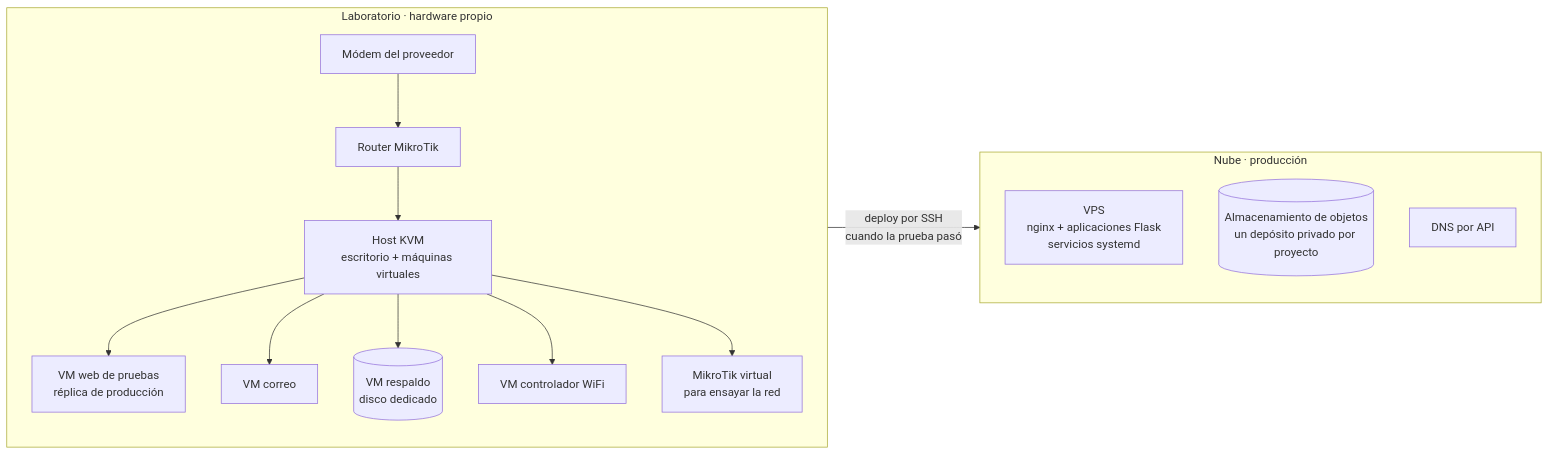
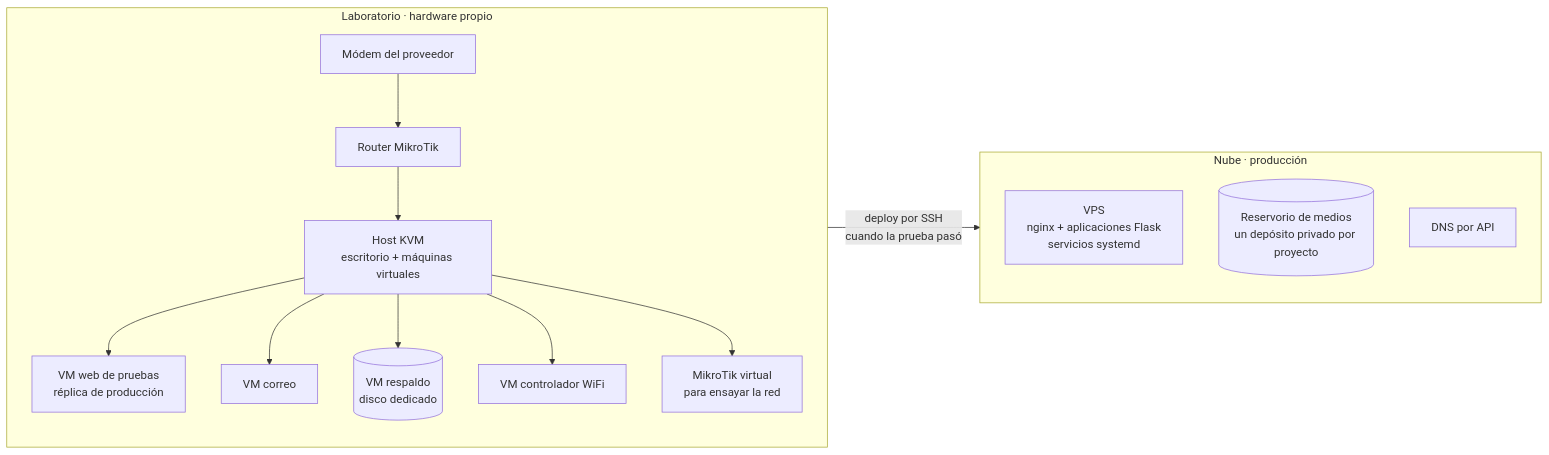
The first of 3 diagrams in README.md (druidatech-net/infraestructura-druidatech), drawn with Mermaid before and after one commit. The commit also changed other lines of this file, not shown here.

Commit message:
README: portada más clara, el reservorio de videos y el correo propio

````diff
--- a/README.md
+++ b/README.md
@@ -22,20 +24,20 @@
 ```mermaid
 flowchart LR
     subgraph LAB[Laboratorio · hardware propio]
         direction TB
         H[Host KVM<br/>escritorio + máquinas virtuales]
         H --> W[VM web de pruebas<br/>réplica de producción]
         H --> C[VM correo]
         H --> B[(VM respaldo<br/>disco dedicado)]
         H --> U[VM controlador WiFi]
         H --> K[MikroTik virtual<br/>para ensayar la red]
         M[Módem del proveedor] --> R[Router MikroTik] --> H
     end
     subgraph NUBE[Nube · producción]
         direction TB
         V[VPS<br/>nginx + aplicaciones Flask<br/>servicios systemd]
-        S[(Almacenamiento de objetos<br/>un depósito privado por proyecto)]
+        S[(Reservorio de medios<br/>un depósito privado por proyecto)]
         D[DNS por API]
     end
     W -->|"deploy por SSH<br/>cuando la prueba pasó"| V
 ```
````
